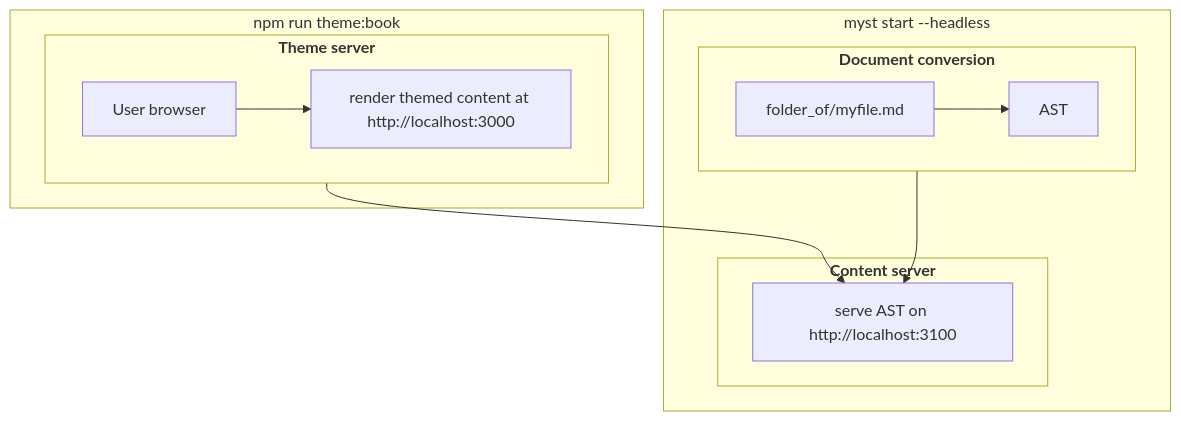
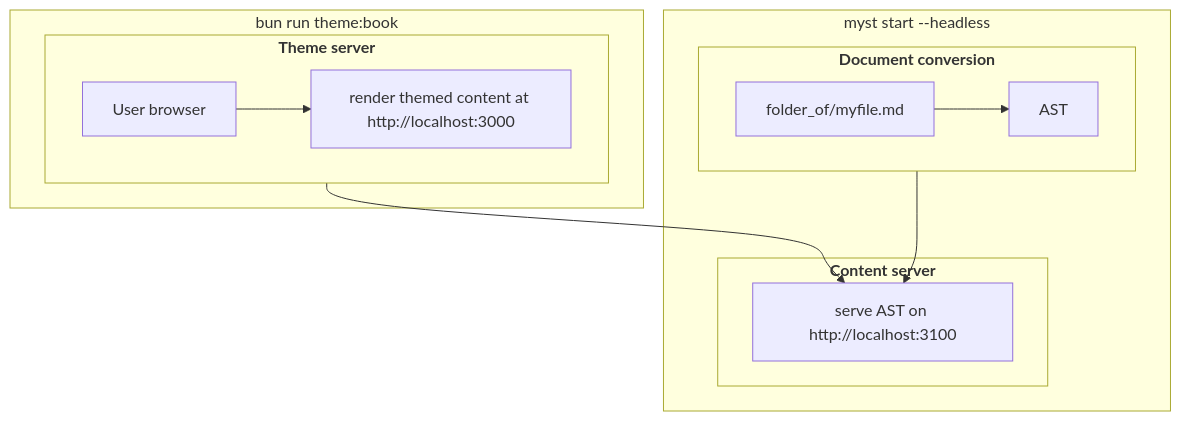
One commit to jupyter-book/mystmd changed the second of 2 diagrams in docs/developer.md. Above: the diagram before and after it, drawn with Mermaid. The commit also changed other lines of this file and 43 other files, not shown here.

Commit message:
🫓 npm to bun (#2748)

````diff
--- a/docs/developer.md
+++ b/docs/developer.md
@@ -39,19 +39,19 @@
 ```{mermaid}
 flowchart TB
   subgraph "myst start --headless"
     subgraph "<b>Document conversion</b>"
     direction LR
     doc[folder_of/myfile.md] --> ast[AST]
     end
     subgraph "<b>Content server</b>"
     ast --> content_server[serve AST on http://localhost:3100]
     end
   end
-  subgraph "npm run theme:book"
+  subgraph "bun run theme:book"
     subgraph "<b>Theme server</b>"
     direction LR
     theme_server[render themed content at http://localhost:3000] --> content_server
     user[User browser] --> theme_server
     end
   end
 ```
````
